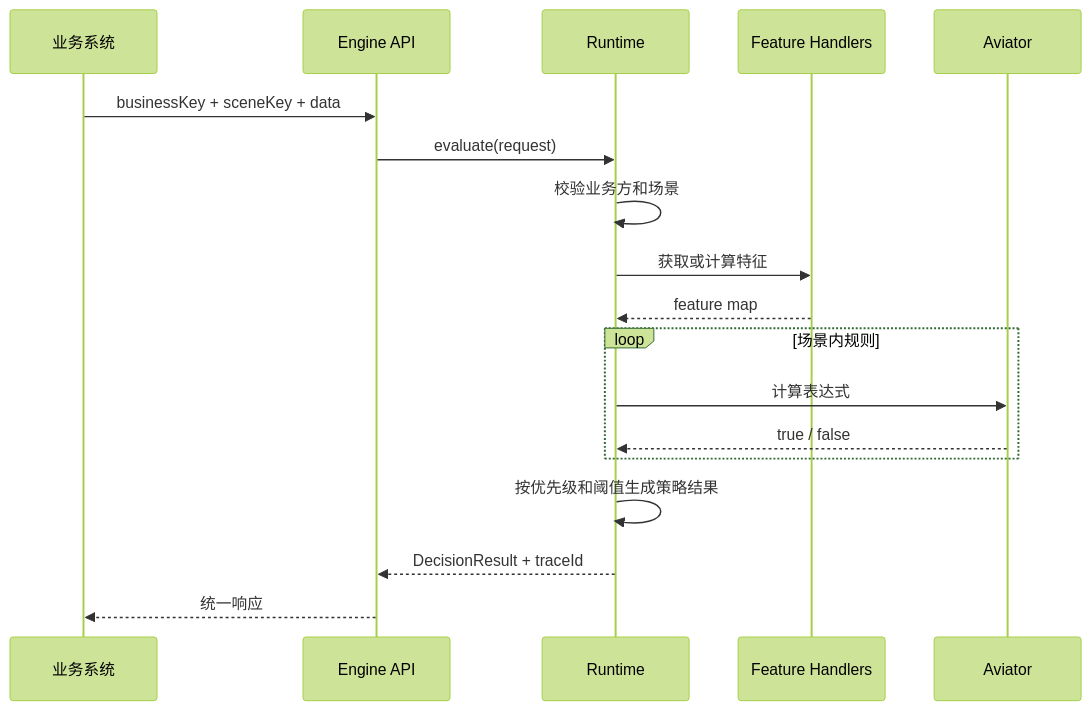
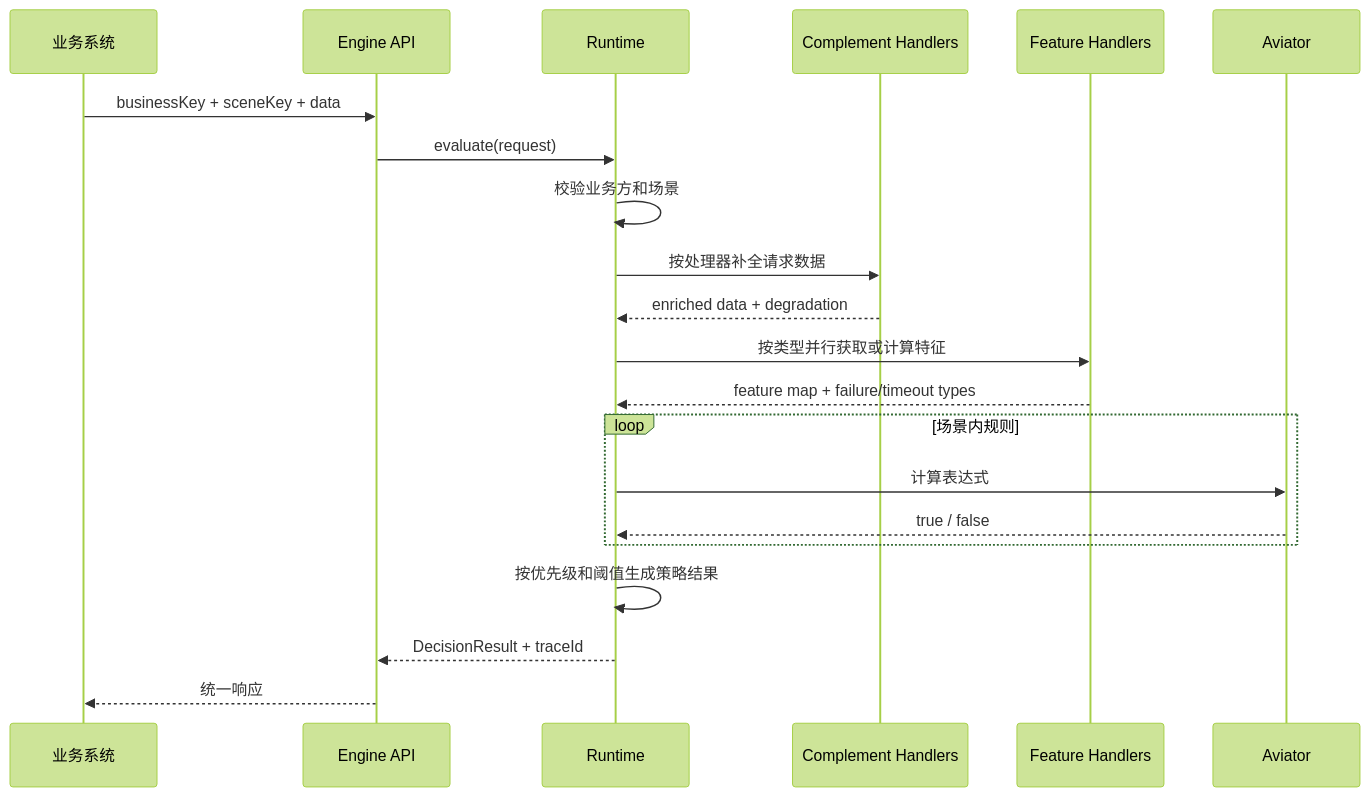
One commit to QuailOurs/SodaRiskEngine changed the fourth of 4 diagrams in docs/architecture.md. Above: the diagram before and after it, drawn with Mermaid (forest theme). The commit also changed other lines of this file and 70 other files, not shown here.

````diff
--- a/docs/architecture.md
+++ b/docs/architecture.md
@@ -102,21 +102,24 @@
 ```mermaid
 sequenceDiagram
     participant B as 业务系统
     participant A as Engine API
     participant R as Runtime
+    participant C as Complement Handlers
     participant F as Feature Handlers
     participant E as Aviator
 
     B->>A: businessKey + sceneKey + data
     A->>R: evaluate(request)
     R->>R: 校验业务方和场景
-    R->>F: 获取或计算特征
-    F-->>R: feature map
+    R->>C: 按处理器补全请求数据
+    C-->>R: enriched data + degradation
+    R->>F: 按类型并行获取或计算特征
+    F-->>R: feature map + failure/timeout types
     loop 场景内规则
         R->>E: 计算表达式
         E-->>R: true / false
     end
     R->>R: 按优先级和阈值生成策略结果
     R-->>A: DecisionResult + traceId
     A-->>B: 统一响应
 ```
````
